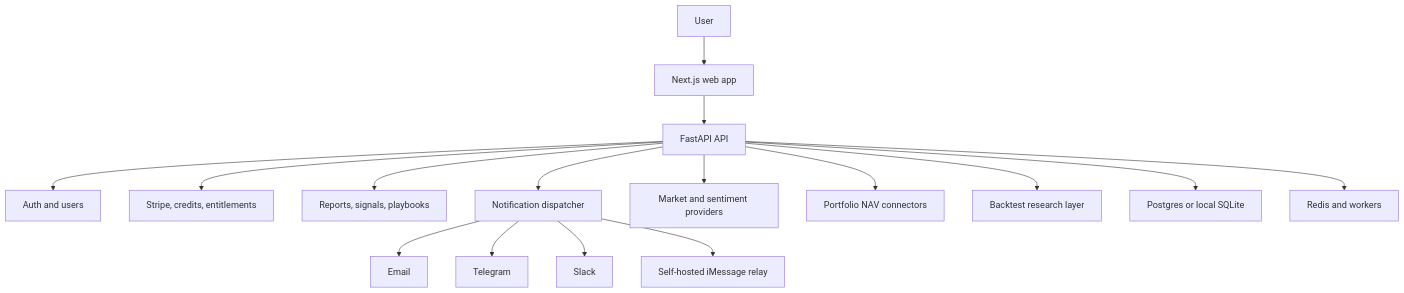
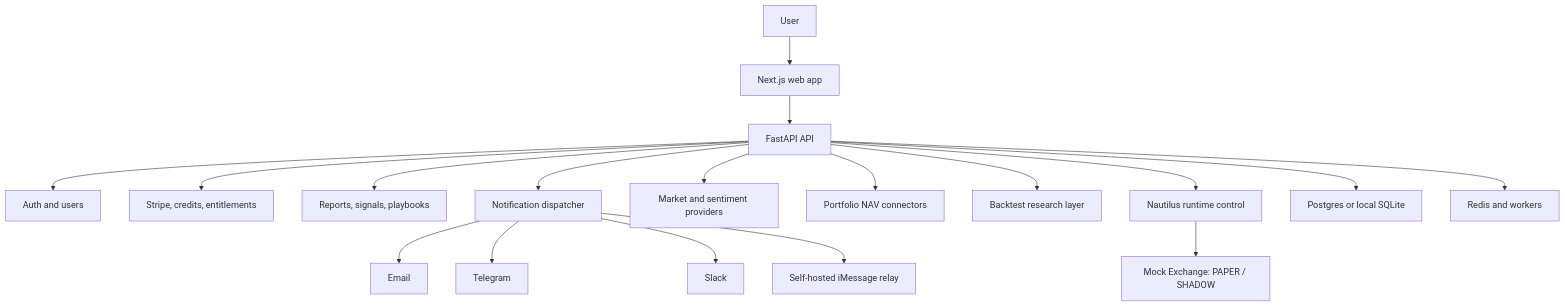
Before and after one commit to xxxxxwater/puregamma-ai: the diagram in README.md, drawn with Mermaid. The commit also changed other lines of this file and 247 other files, not shown here.

````diff
--- a/README.md
+++ b/README.md
@@ -39,18 +39,20 @@
 ```mermaid
 flowchart TD
   User["User"] --> Web["Next.js web app"]
   Web --> API["FastAPI API"]
   API --> Auth["Auth and users"]
   API --> Billing["Stripe, credits, entitlements"]
   API --> Reports["Reports, signals, playbooks"]
   API --> Notify["Notification dispatcher"]
   Notify --> Email["Email"]
   Notify --> Telegram["Telegram"]
   Notify --> Slack["Slack"]
   Notify --> Relay["Self-hosted iMessage relay"]
   API --> Data["Market and sentiment providers"]
   API --> Portfolio["Portfolio NAV connectors"]
   API --> Backtest["Backtest research layer"]
+  API --> Runtime["Nautilus runtime control"]
+  Runtime --> MockExchange["Mock Exchange: PAPER / SHADOW"]
   API --> DB["Postgres or local SQLite"]
   API --> Redis["Redis and workers"]
 ```
````
